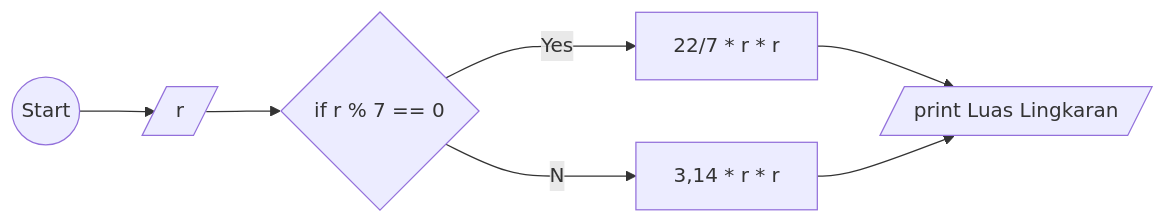
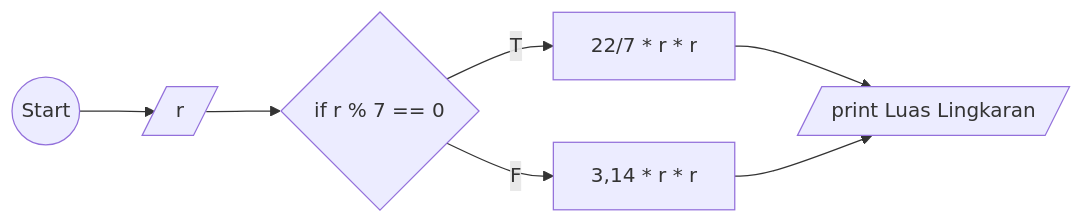
One commit to aldi-ardyansah/koda-b10-algoritma changed the second of 2 diagrams in README.md. Above: the diagram before and after it, drawn with Mermaid. The commit also changed other lines of this file, not shown here.

````diff
--- a/README.md
+++ b/README.md
@@ -42,7 +42,7 @@
 ```mermaid
 flowchart LR
     A((Start)) --> B[/r/]
     B[/r/] --> C{if r % 7 == 0}
-    C{if r % 7 == 0} --Yes--> D[22/7 * r * r] --> F[/print Luas Lingkaran/]
-    C{if r % 7 == 0} --No--> E[3,14 * r * r] --> F[/print Luas Lingkaran/]
+    C{if r % 7 == 0} --T--> D[22/7 * r * r] --> F[/print Luas Lingkaran/]
+    C{if r % 7 == 0} --F--> E[3,14 * r * r] --> F[/print Luas Lingkaran/]
 ```
````
